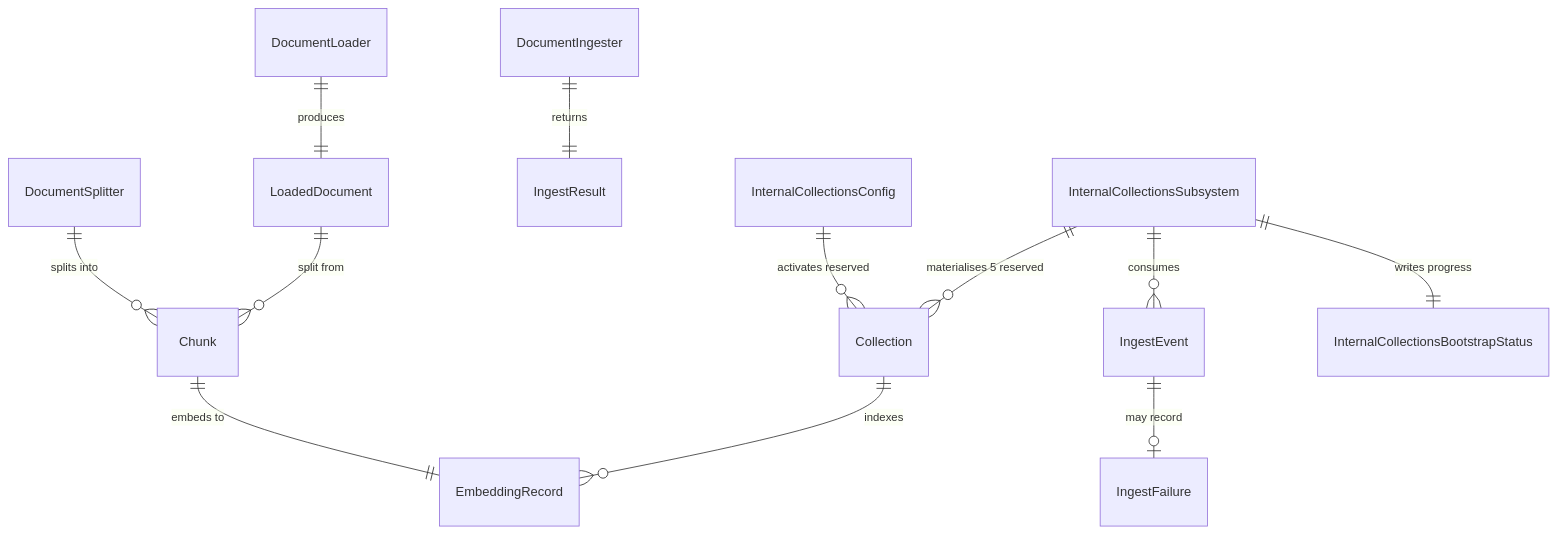
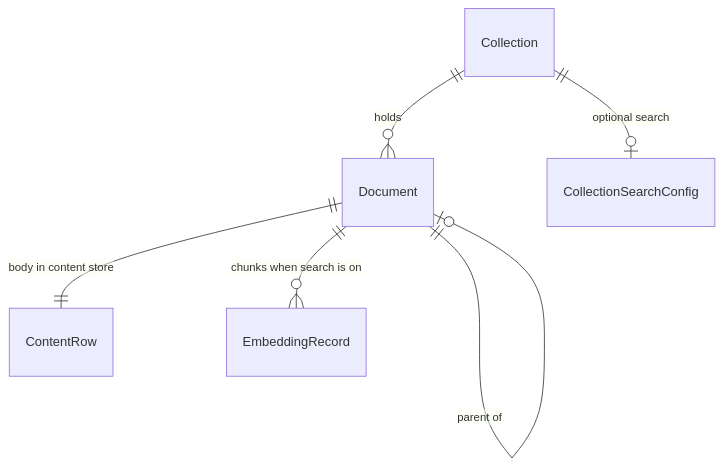
Before and after one commit to primerhq/primer: the diagram in docs/dev/subsystems/knowledge.md, drawn with Mermaid. The commit also changed other lines of this file and 1 other file, not shown here.

First line of the commit message:
docs: knowledge subsystem docs on the collections v2 wiki model

````diff
--- a/docs/dev/subsystems/knowledge.md
+++ b/docs/dev/subsystems/knowledge.md
@@ -15,14 +15,8 @@
 ```mermaid
 erDiagram
-    DocumentLoader ||--|| LoadedDocument : "produces"
-    DocumentSplitter ||--o{ Chunk : "splits into"
-    LoadedDocument ||--o{ Chunk : "split from"
-    DocumentIngester ||--|| IngestResult : "returns"
-    Chunk ||--|| EmbeddingRecord : "embeds to"
-    InternalCollectionsConfig ||--o{ Collection : "activates reserved"
-    Collection ||--o{ EmbeddingRecord : "indexes"
-    InternalCollectionsSubsystem ||--o{ IngestEvent : "consumes"
-    IngestEvent ||--o| IngestFailure : "may record"
-    InternalCollectionsSubsystem ||--|| InternalCollectionsBootstrapStatus : "writes progress"
-    InternalCollectionsSubsystem ||--o{ Collection : "materialises 5 reserved"
+    Collection ||--o{ Document : "holds"
+    Document ||--o| Document : "parent of"
+    Document ||--|| ContentRow : "body in content store"
+    Collection ||--o| CollectionSearchConfig : "optional search"
+    Document ||--o{ EmbeddingRecord : "chunks when search is on"
 ```
````
